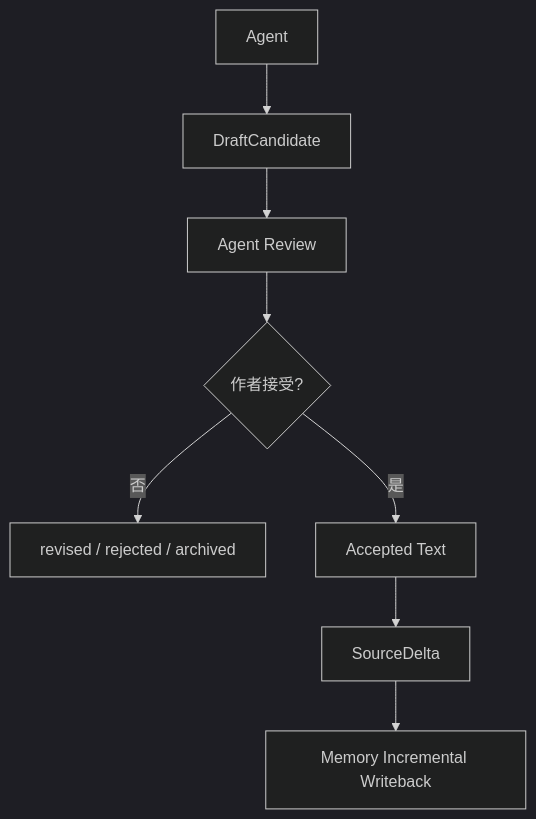
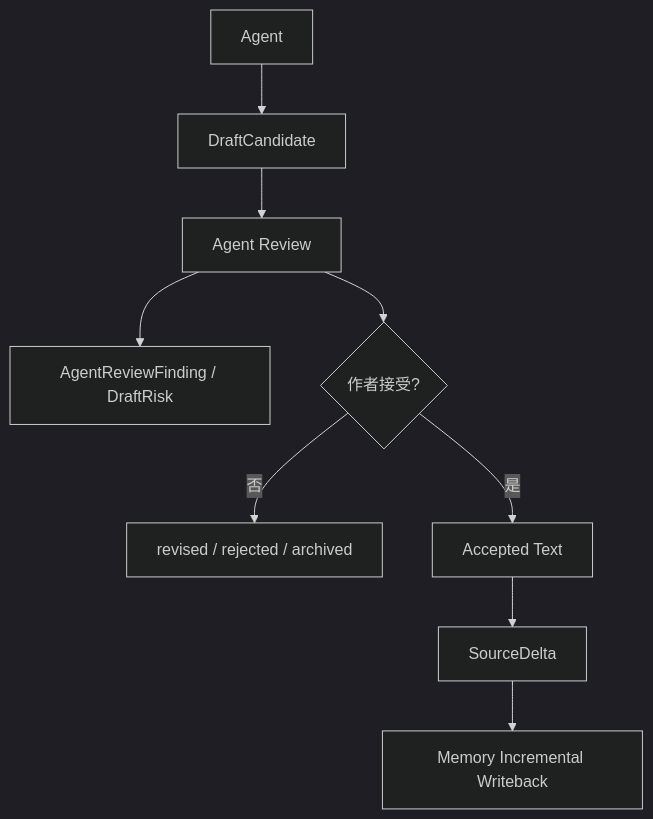
Before and after one commit to FrankQDWang/sextantlabs: the second of 4 diagrams in goals/24-draft-candidate-lifecycle.md, drawn with Mermaid (dark theme). The commit also changed other lines of this file, not shown here.

Commit message:
Clarify draft risk and accepted text source mapping

````diff
--- a/goals/24-draft-candidate-lifecycle.md
+++ b/goals/24-draft-candidate-lifecycle.md
@@ -54,10 +62,11 @@
 ```mermaid
 flowchart TD
     A[Agent] --> B[DraftCandidate]
     B --> C[Agent Review]
-    C --> D{作者接受?}
-    D -->|否| E[revised / rejected / archived]
-    D -->|是| F[Accepted Text]
-    F --> G[SourceDelta]
-    G --> H[Memory Incremental Writeback]
+    C --> D[AgentReviewFinding / DraftRisk]
+    C --> E{作者接受?}
+    E -->|否| F[revised / rejected / archived]
+    E -->|是| G[Accepted Text]
+    G --> H[SourceDelta]
+    H --> I[Memory Incremental Writeback]
 ```
````
